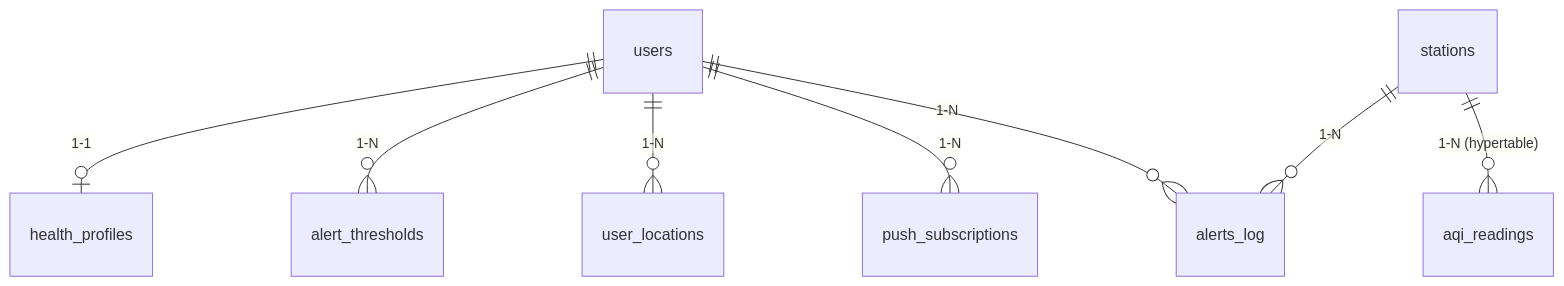
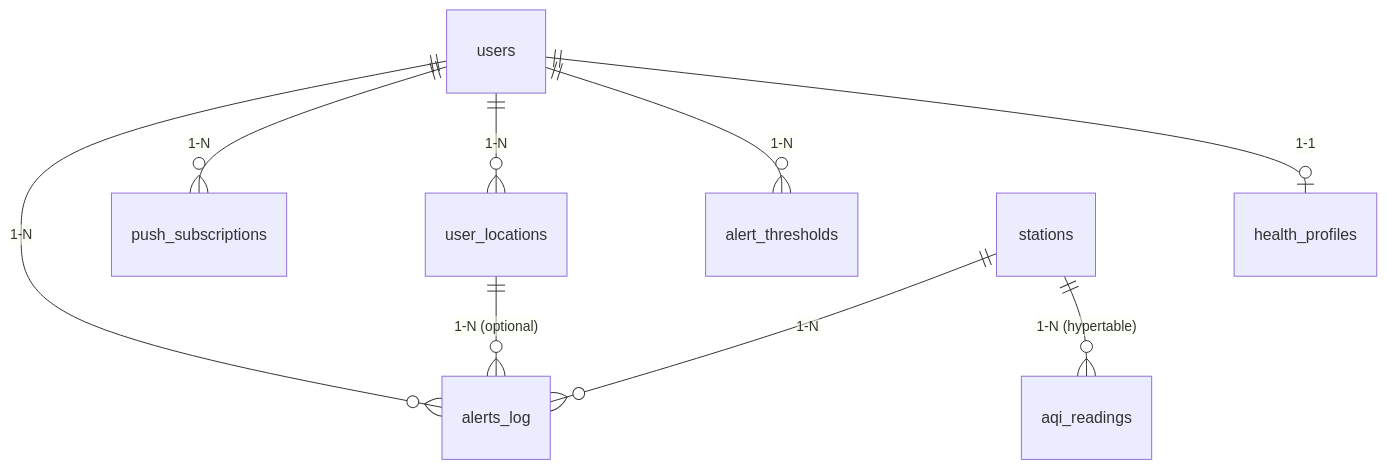
The diagram in docs/07-DATABASE_DESIGN.md (nghiaphm/aqi-health-monitor), drawn with Mermaid before and after one commit. The commit also changed other lines of this file and 5 other files, not shown here.

````diff
--- a/docs/07-DATABASE_DESIGN.md
+++ b/docs/07-DATABASE_DESIGN.md
@@ -17,10 +17,11 @@
 ```mermaid
 erDiagram
     users ||--o| health_profiles : "1-1"
     users ||--o{ alert_thresholds : "1-N"
     users ||--o{ user_locations : "1-N"
     users ||--o{ push_subscriptions : "1-N"
     users ||--o{ alerts_log : "1-N"
     stations ||--o{ aqi_readings : "1-N (hypertable)"
     stations ||--o{ alerts_log : "1-N"
+    user_locations ||--o{ alerts_log : "1-N (optional)"
 ```
````
